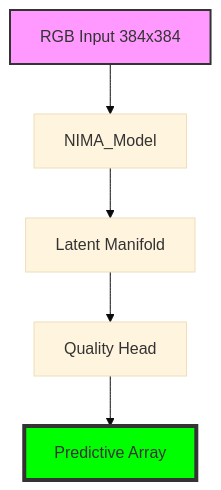
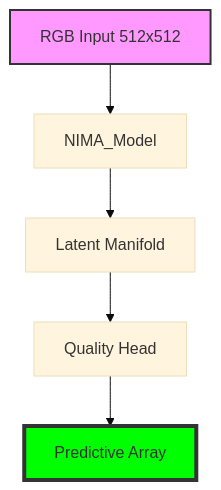
The diagram in nima_technical/README.md (lemgenda/lemgendary-pretrained-models), drawn with Mermaid (base theme) before and after one commit. The commit also changed other lines of this file and 5 other files, not shown here.

````diff
--- a/nima_technical/README.md
+++ b/nima_technical/README.md
@@ -17,10 +17,10 @@
 ```mermaid
 graph TD
-    Input[RGB Input 384x384] --> Backbone[NIMA_Model]
+    Input[RGB Input 512x512] --> Backbone[NIMA_Model]
     Backbone --> Manifold[Latent Manifold]
     Manifold --> Head[Quality Head]
     Head --> Output[Predictive Array]
     
     style Input fill:#f9f,stroke:#333,stroke-width:2px
     style Output fill:#00ff00,stroke:#333,stroke-width:4px
 ```
````
